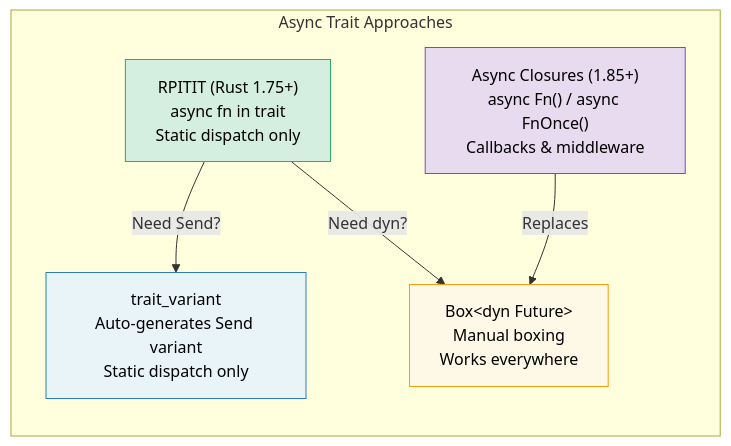
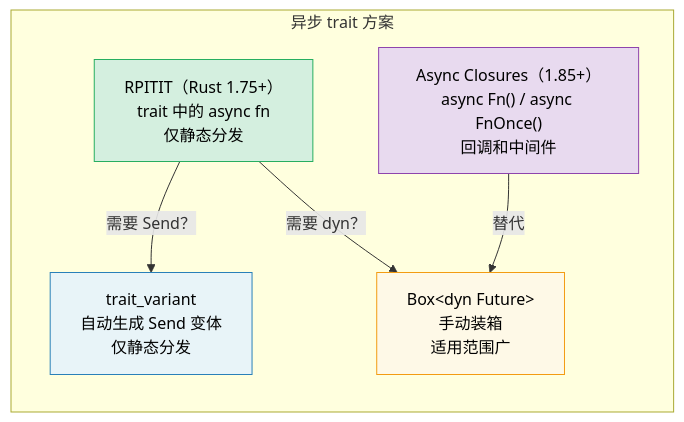
One commit to hearsay316/RustTraining changed the diagram in async-book/src-zh/ch10-async-traits.md. Above: the diagram before and after it, drawn with Mermaid. The commit also changed other lines of this file and 18 other files, not shown here.

````diff
--- a/async-book/src-zh/ch10-async-traits.md
+++ b/async-book/src-zh/ch10-async-traits.md
@@ -9,19 +9,19 @@
 ```mermaid
 graph TD
-    subgraph "Async Trait Approaches"
+    subgraph "异步 trait 方案"
         direction TB
-        RPITIT["RPITIT (Rust 1.75+)<br/>async fn in trait<br/>Static dispatch only"]
-        VARIANT["trait_variant<br/>Auto-generates Send variant<br/>Static dispatch only"]
-        BOXED["Box&lt;dyn Future&gt;<br/>Manual boxing<br/>Works everywhere"]
-        CLOSURE["Async Closures (1.85+)<br/>async Fn() / async FnOnce()<br/>Callbacks & middleware"]
+        RPITIT["RPITIT（Rust 1.75+）<br/>trait 中的 async fn<br/>仅静态分发"]
+        VARIANT["trait_variant<br/>自动生成 Send 变体<br/>仅静态分发"]
+        BOXED["Box&lt;dyn Future&gt;<br/>手动装箱<br/>适用范围广"]
+        CLOSURE["Async Closures（1.85+）<br/>async Fn() / async FnOnce()<br/>回调和中间件"]
     end
 
-    RPITIT -->|"Need Send?"| VARIANT
-    RPITIT -->|"Need dyn?"| BOXED
-    CLOSURE -->|"Replaces"| BOXED
+    RPITIT -->|"需要 Send？"| VARIANT
+    RPITIT -->|"需要 dyn？"| BOXED
+    CLOSURE -->|"替代"| BOXED
 
     style RPITIT fill:#d4efdf,stroke:#27ae60,color:#000
     style VARIANT fill:#e8f4f8,stroke:#2980b9,color:#000
     style BOXED fill:#fef9e7,stroke:#f39c12,color:#000
     style CLOSURE fill:#e8daef,stroke:#8e44ad,color:#000
 ```
````
